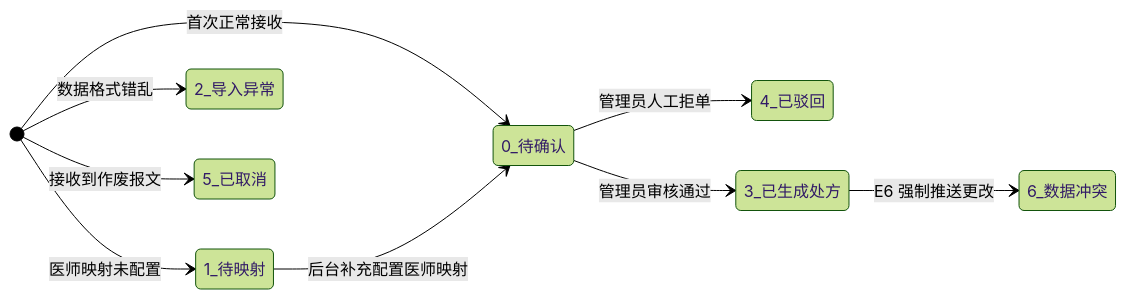
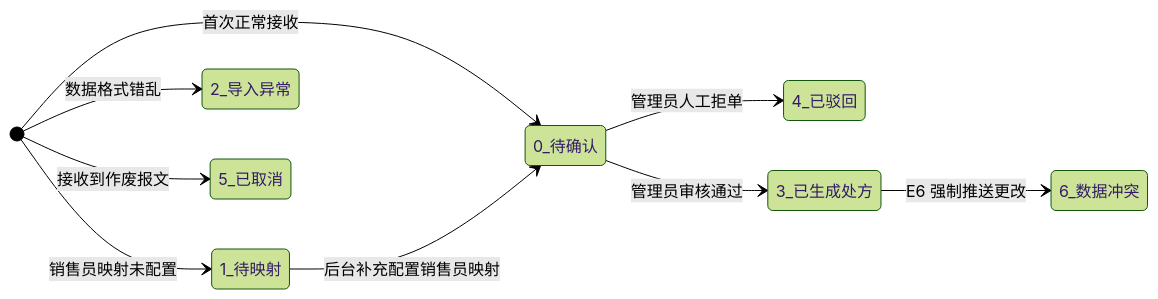
One commit to librarycloud/tcm-prescription-processing changed the diagram in docs/E6处方同步API对接文档.md. Above: the diagram before and after it, drawn with Mermaid (forest theme). The commit also changed other lines of this file and 5 other files, not shown here.

````diff
--- a/docs/E6处方同步API对接文档.md
+++ b/docs/E6处方同步API对接文档.md
@@ -122,14 +125,14 @@
 ```mermaid
 stateDiagram-v2
     direction LR
     [*] --> 0_待确认 : 首次正常接收
-    [*] --> 1_待映射 : 医师映射未配置
+    [*] --> 1_待映射 : 销售员映射未配置
     [*] --> 2_导入异常 : 数据格式错乱
 
     0_待确认 --> 4_已驳回 : 管理员人工拒单
     0_待确认 --> 3_已生成处方 : 管理员审核通过
-    1_待映射 --> 0_待确认 : 后台补充配置医师映射
+    1_待映射 --> 0_待确认 : 后台补充配置销售员映射
 
     3_已生成处方 --> 6_数据冲突 : E6 强制推送更改
     [*] --> 5_已取消 : 接收到作废报文
 ```
````
